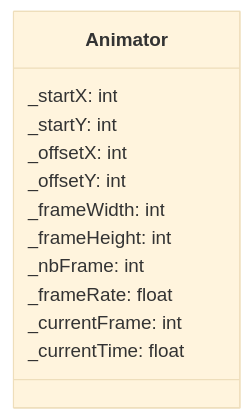
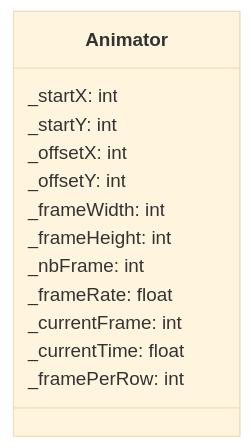
One commit to MYAMBO/R-Type changed the diagram in docs/ECS/component/Animator.md. Above: the diagram before and after it, drawn with Mermaid (base theme). The commit also changed other lines of this file and 3 other files, not shown here.

````diff
--- a/docs/ECS/component/Animator.md
+++ b/docs/ECS/component/Animator.md
@@ -32,15 +32,16 @@
 ```mermaid
 classDiagram
   class Animator {
     _startX: int
     _startY: int
     _offsetX: int
     _offsetY: int
     _frameWidth: int
     _frameHeight: int
     _nbFrame: int
     _frameRate: float
     _currentFrame: int
     _currentTime: float
+    _framePerRow: int
   }
 ```
````
